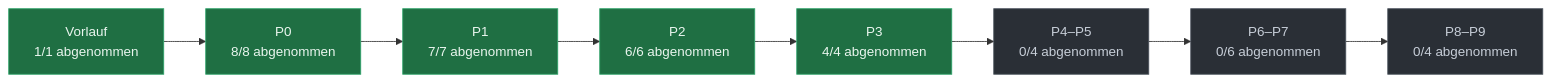
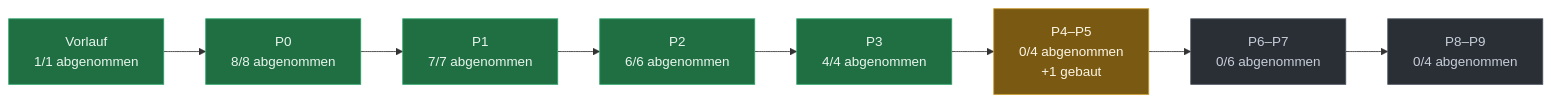
The diagram in docs/PLAN-STAND.md (evenacadia-tech/Nakama), drawn with Mermaid before and after one commit. The commit also changed other lines of this file, not shown here.

````diff
--- a/docs/PLAN-STAND.md
+++ b/docs/PLAN-STAND.md
@@ -35,21 +35,21 @@
 ```mermaid
 flowchart LR
   P0["Vorlauf<br/>1/1 abgenommen"]:::fertig
   P1["P0<br/>8/8 abgenommen"]:::fertig
   P0 --> P1
   P2["P1<br/>7/7 abgenommen"]:::fertig
   P1 --> P2
   P3["P2<br/>6/6 abgenommen"]:::fertig
   P2 --> P3
   P4["P3<br/>4/4 abgenommen"]:::fertig
   P3 --> P4
-  P5["P4–P5<br/>0/4 abgenommen"]:::offen
+  P5["P4–P5<br/>0/4 abgenommen<br/>+1 gebaut"]:::laeuft
   P4 --> P5
   P6["P6–P7<br/>0/6 abgenommen"]:::offen
   P5 --> P6
   P7["P8–P9<br/>0/4 abgenommen"]:::offen
   P6 --> P7
   classDef fertig fill:#1f6f43,stroke:#2ea36a,color:#eaf6ef
   classDef laeuft fill:#7a5a12,stroke:#c99a2e,color:#fdf6e6
   classDef offen  fill:#2a2f36,stroke:#4a525c,color:#c7ced8
 ```
````
